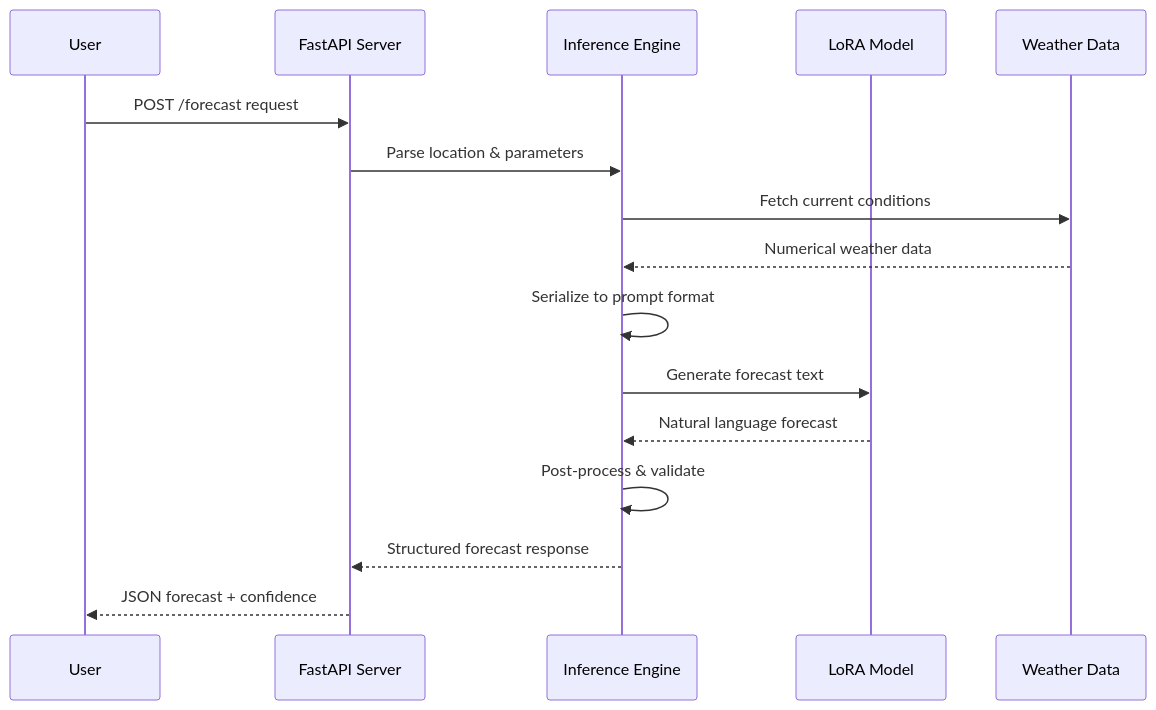
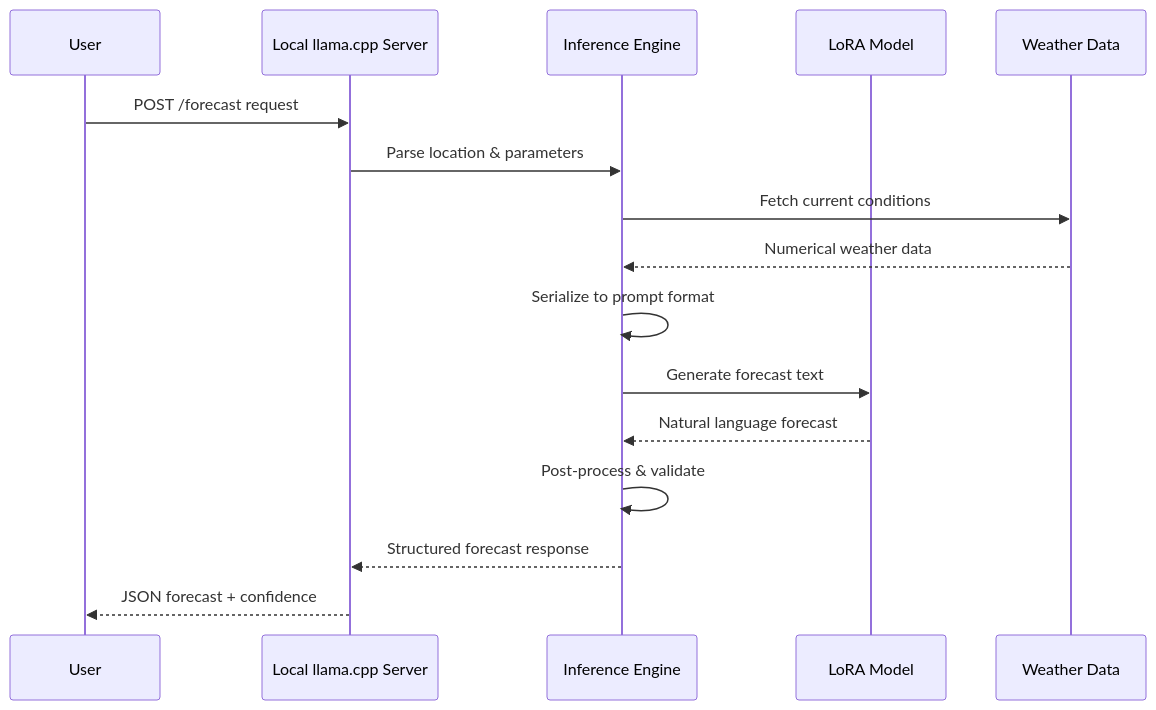
Before and after one commit to ashioyajotham/weather_forecasting_lora: the second of 3 diagrams in README.md, drawn with Mermaid. The commit also changed other lines of this file and 10 other files, not shown here.

````diff
--- a/README.md
+++ b/README.md
@@ -107,19 +121,19 @@
 ```mermaid
 sequenceDiagram
     participant User
-    participant API as FastAPI Server
+    participant API as Local llama.cpp Server
     participant Engine as Inference Engine
     participant Model as LoRA Model
     participant Data as Weather Data
     
     User->>API: POST /forecast request
     API->>Engine: Parse location & parameters
     Engine->>Data: Fetch current conditions
     Data-->>Engine: Numerical weather data
     Engine->>Engine: Serialize to prompt format
     Engine->>Model: Generate forecast text
     Model-->>Engine: Natural language forecast
     Engine->>Engine: Post-process & validate
     Engine-->>API: Structured forecast response
     API-->>User: JSON forecast + confidence
 ```
````
